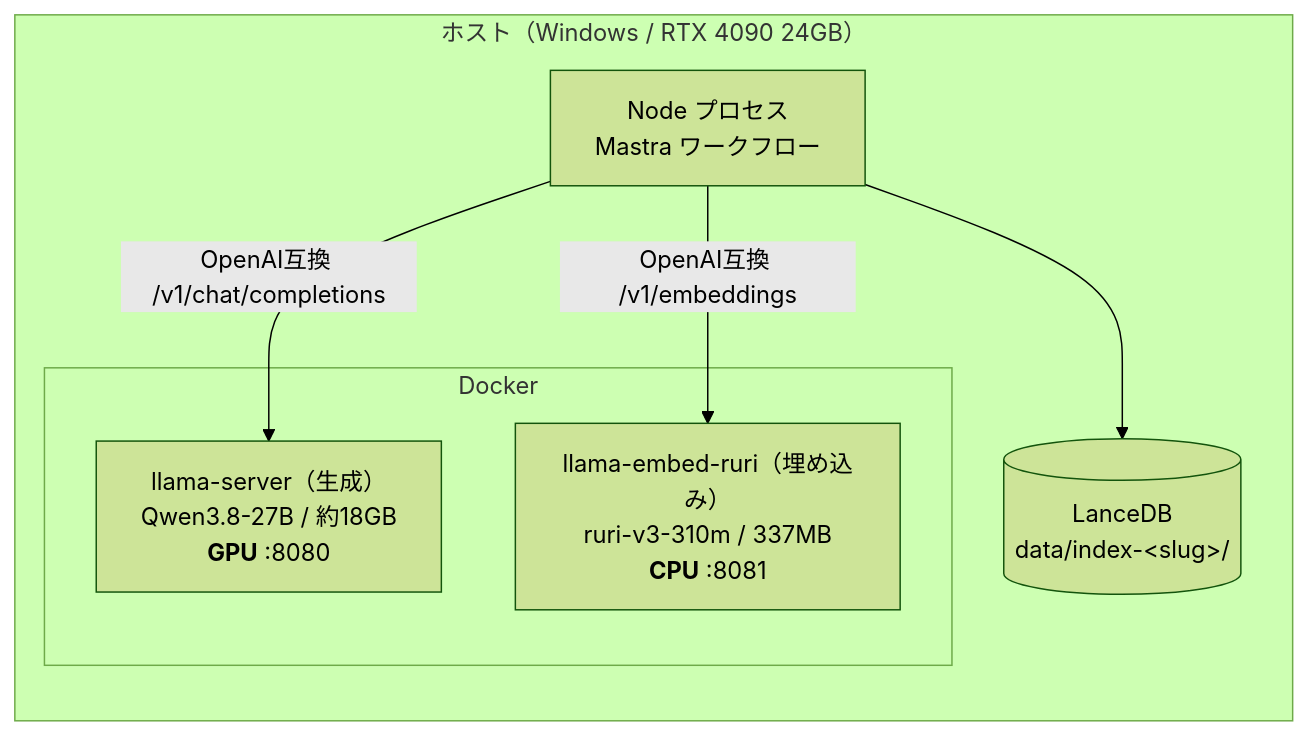
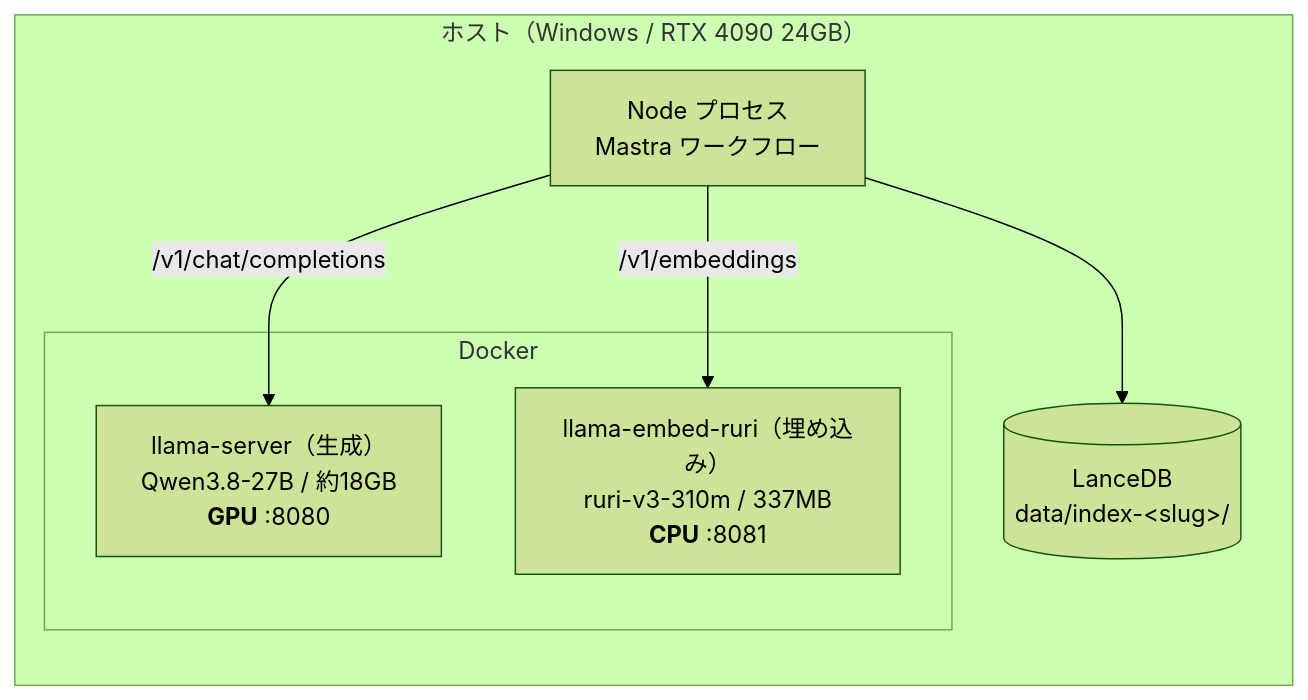
Before and after one commit to ryota0051/agentic-rag-lab: the second of 3 diagrams in docs/article/03-agentic-rag-local.md, drawn with Mermaid (forest theme). The commit also changed other lines of this file, not shown here.

````diff
--- a/docs/article/03-agentic-rag-local.md
+++ b/docs/article/03-agentic-rag-local.md
@@ -157,14 +90,14 @@
 ```mermaid
 flowchart LR
     subgraph Host["ホスト（Windows / RTX 4090 24GB）"]
         N["Node プロセス<br/>Mastra ワークフロー"]
         subgraph D["Docker"]
             G["llama-server（生成）<br/>Qwen3.8-27B / 約18GB<br/><b>GPU</b> :8080"]
             E["llama-embed-ruri（埋め込み）<br/>ruri-v3-310m / 337MB<br/><b>CPU</b> :8081"]
         end
         L[("LanceDB<br/>data/index-&lt;slug&gt;/")]
     end
-    N -->|"OpenAI互換 /v1/chat/completions"| G
-    N -->|"OpenAI互換 /v1/embeddings"| E
+    N -->|"/v1/chat/completions"| G
+    N -->|"/v1/embeddings"| E
     N --> L
 ```
````
